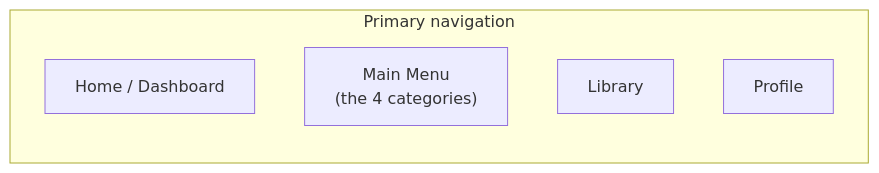
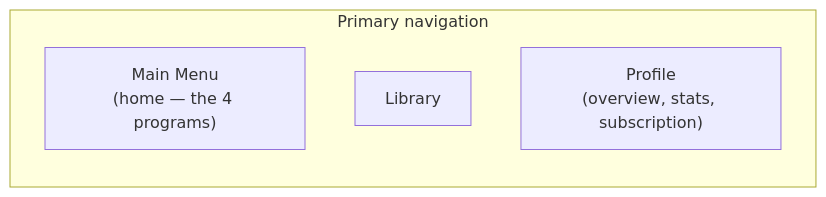
One commit to IndraKar/keyboard-app changed the diagram in docs/03-screen-map.md. Above: the diagram before and after it, drawn with Mermaid. The commit also changed other lines of this file and 4 other files, not shown here.

````diff
--- a/docs/03-screen-map.md
+++ b/docs/03-screen-map.md
@@ -13,9 +22,8 @@
 ```mermaid
 flowchart LR
     subgraph Tabs["Primary navigation"]
-        Home["Home / Dashboard"]
-        MainMenu["Main Menu<br/>(the 4 categories)"]
+        MainMenu["Main Menu<br/>(home — the 4 programs)"]
         Library["Library"]
-        Profile["Profile"]
+        Profile["Profile<br/>(overview, stats, subscription)"]
     end
 ```
````
